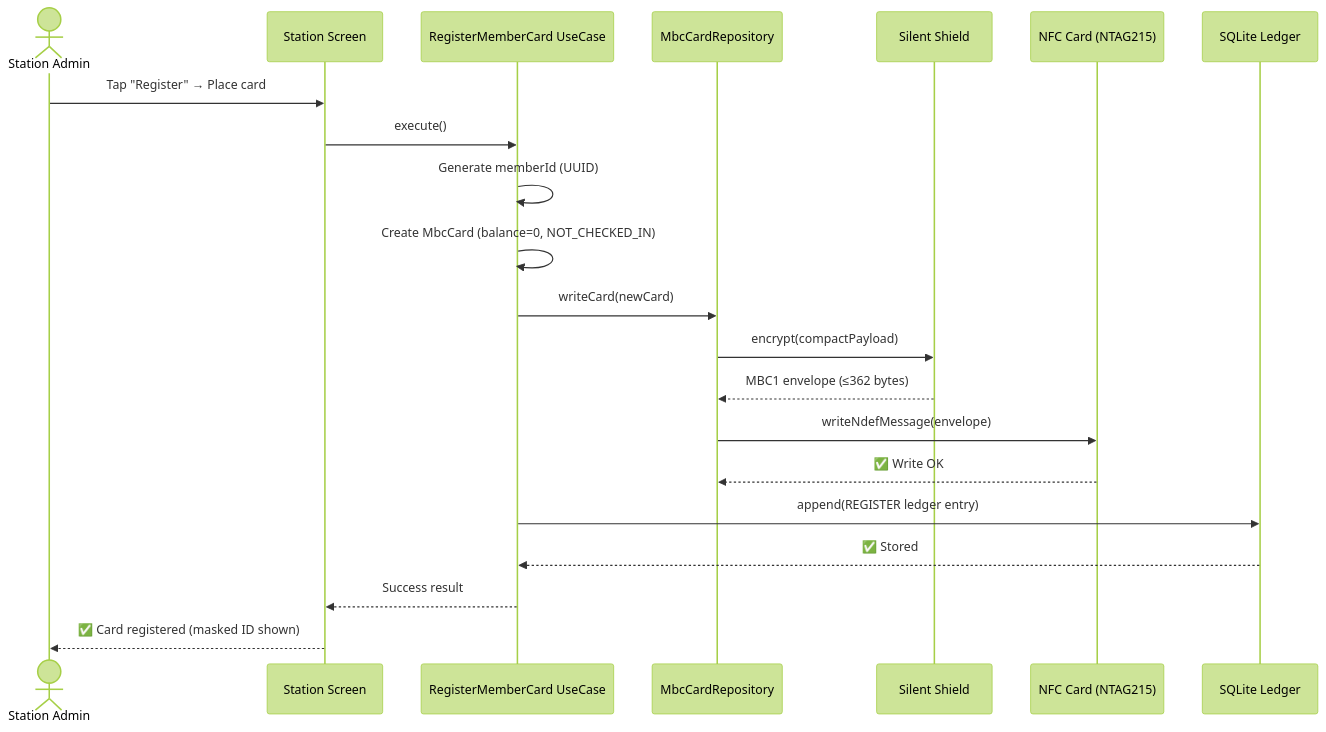
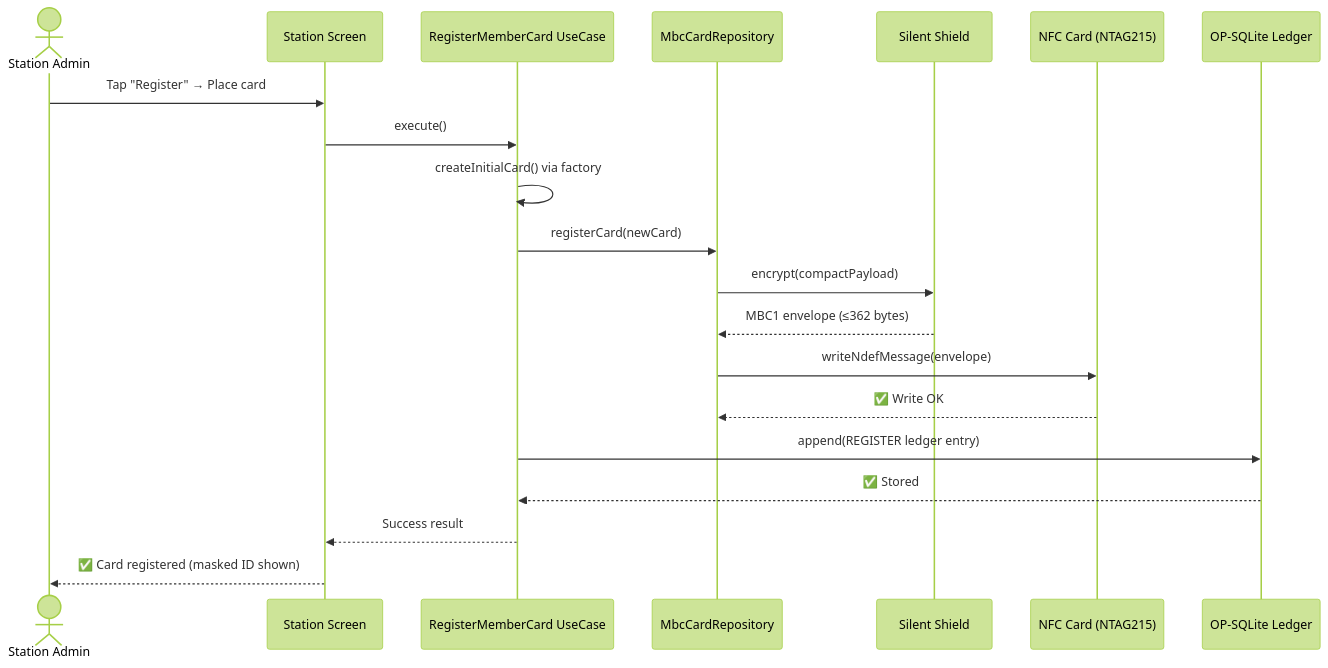
Before and after one commit to Schitzos/mbc-nfc: the second of 15 diagrams in docs/PRESENTATION.md, drawn with Mermaid (forest theme). The commit also changed other lines of this file, not shown here.

````diff
--- a/docs/PRESENTATION.md
+++ b/docs/PRESENTATION.md
@@ -151,24 +151,23 @@
 ```mermaid
 sequenceDiagram
     actor Admin as Station Admin
     participant UI as Station Screen
     participant UC as RegisterMemberCard UseCase
     participant Repo as MbcCardRepository
     participant Shield as Silent Shield
     participant Card as NFC Card (NTAG215)
-    participant DB as SQLite Ledger
+    participant DB as OP-SQLite Ledger
 
     Admin->>UI: Tap "Register" → Place card
     UI->>UC: execute()
-    UC->>UC: Generate memberId (UUID)
-    UC->>UC: Create MbcCard (balance=0, NOT_CHECKED_IN)
-    UC->>Repo: writeCard(newCard)
+    UC->>UC: createInitialCard() via factory
+    UC->>Repo: registerCard(newCard)
     Repo->>Shield: encrypt(compactPayload)
     Shield-->>Repo: MBC1 envelope (≤362 bytes)
     Repo->>Card: writeNdefMessage(envelope)
     Card-->>Repo: ✅ Write OK
     UC->>DB: append(REGISTER ledger entry)
     DB-->>UC: ✅ Stored
     UC-->>UI: Success result
     UI-->>Admin: ✅ Card registered (masked ID shown)
 ```
````
